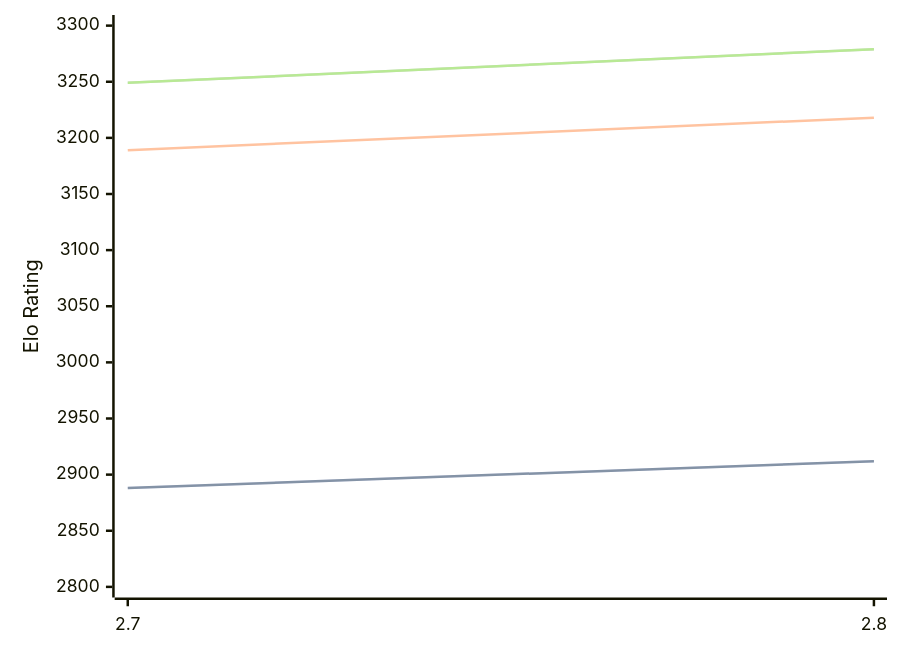
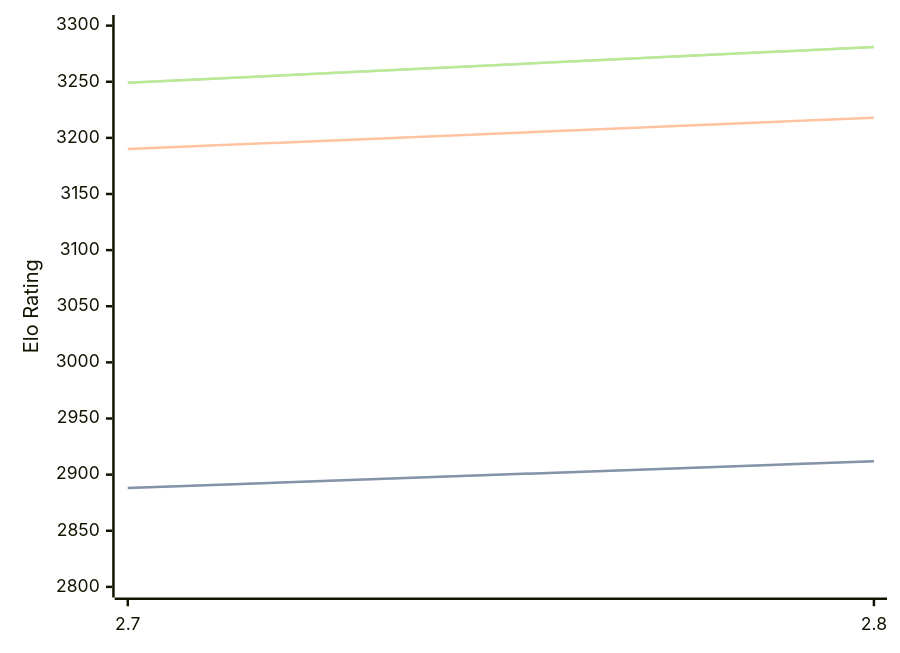
The third of 3 diagrams in engines/Arcanum.md (computer-chess-index/cci), drawn with Mermaid before and after one commit. The commit also changed other lines of this file, not shown here.

Commit message:
Update CCI Ratings (ELO VLTC) - 2026-07-02

````diff
--- a/engines/Arcanum.md
+++ b/engines/Arcanum.md
@@ -77,11 +77,11 @@
 ```mermaid
 %%{init: {"theme":"base","themeVariables":{"seriesColors:['#a3a3a3','#222221','#faa371']}}}%%
 xychart-beta
   x-axis ["2.7", "2.8"]
   y-axis "Elo Rating" 2800 --> 3300
   line "STC (8.0+0.08s)" [2888, 2912]
   line "STC (8.0+0.08s)" [2888, 2912]
-  line "LTC (60.0+0.60s)" [3189, 3218]
-  line "VLTC (2m24s+1.12s)" [3249, 3279]
-  line "VLTC (2m24s+1.12s)" [3249, 3279]
+  line "LTC (60.0+0.60s)" [3190, 3218]
+  line "VLTC (2m24s+1.12s)" [3249, 3281]
+  line "VLTC (2m24s+1.12s)" [3249, 3281]
 ```
````
